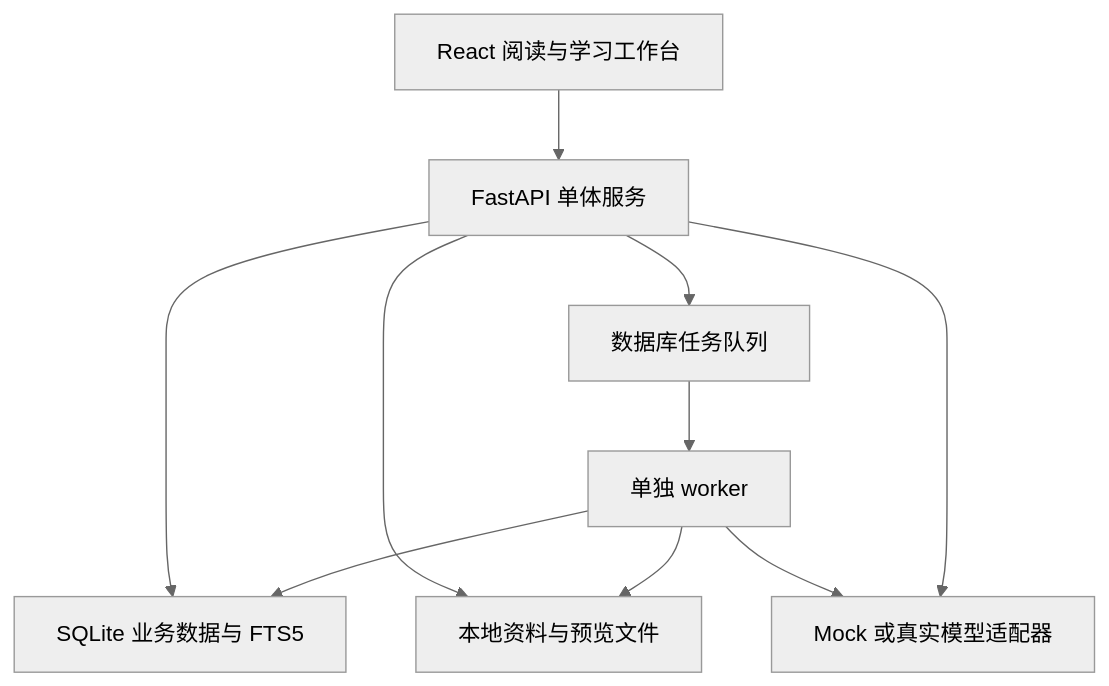
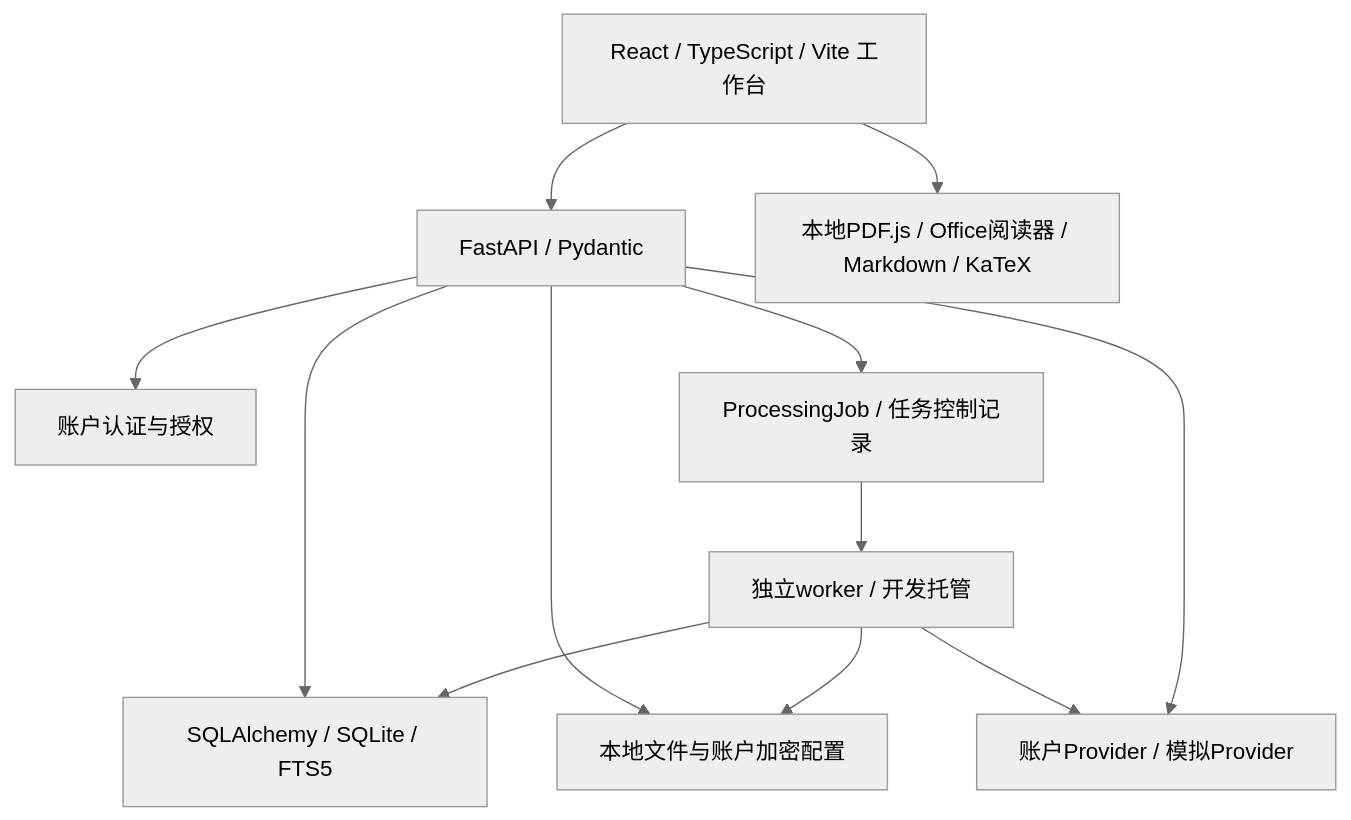
Before and after one commit to HAOYI0727/Hustudy: the diagram in main_idea.md, drawn with Mermaid (neutral theme). The commit also changed other lines of this file and 638 other files, not shown here.

````diff
--- a/main_idea.md
+++ b/main_idea.md
@@ -148,12 +61,14 @@
 ```mermaid
 flowchart TD
-    UI["React 阅读与学习工作台"] --> API["FastAPI 单体服务"]
-    API --> DB["SQLite 业务数据与 FTS5"]
-    API --> FS["本地资料与预览文件"]
-    API --> JOB["数据库任务队列"]
-    JOB --> W["单独 worker"]
-    W --> FS
-    W --> DB
-    W --> AI["Mock 或真实模型适配器"]
-    API --> AI
+  UI[React / TypeScript / Vite 工作台] --> API[FastAPI / Pydantic]
+  API --> AUTH[账户认证与授权]
+  API --> DB[SQLAlchemy / SQLite / FTS5]
+  API --> STORE[本地文件与账户加密配置]
+  API --> QUEUE[ProcessingJob / 任务控制记录]
+  QUEUE --> WORKER[独立worker / 开发托管]
+  WORKER --> DB
+  WORKER --> STORE
+  WORKER --> AI[账户Provider / 模拟Provider]
+  API --> AI
+  UI --> LOCAL[本地PDF.js / Office阅读器 / Markdown / KaTeX]
 ```
````
